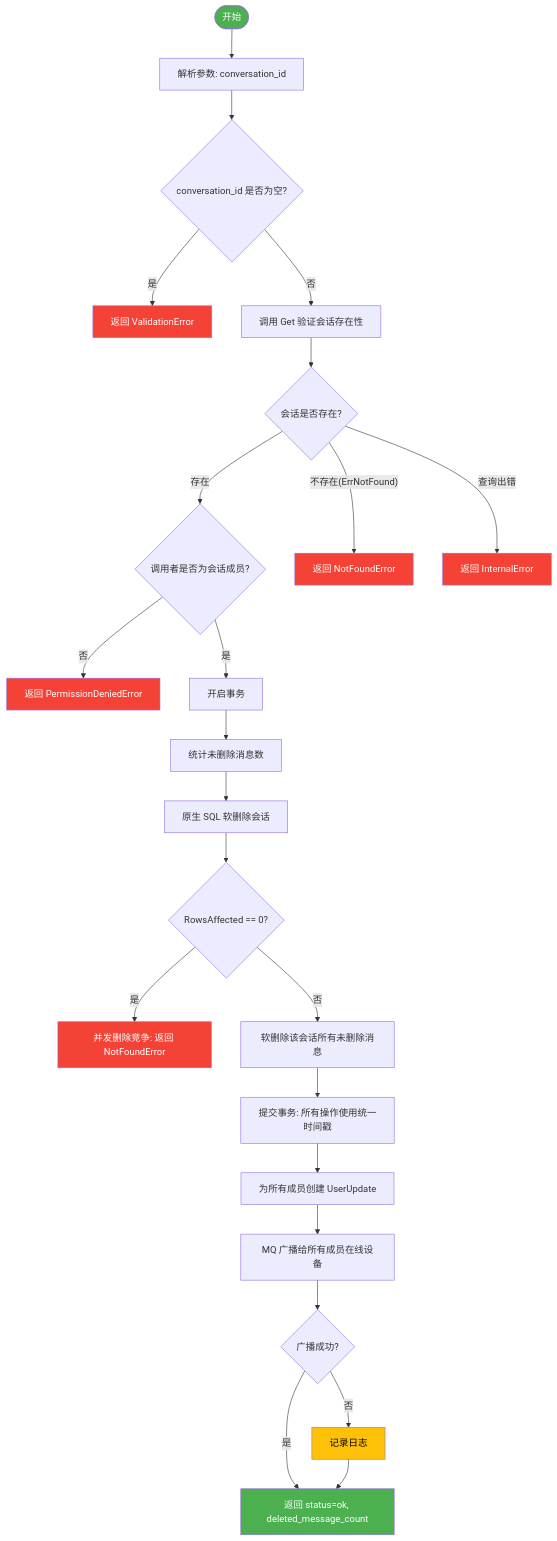
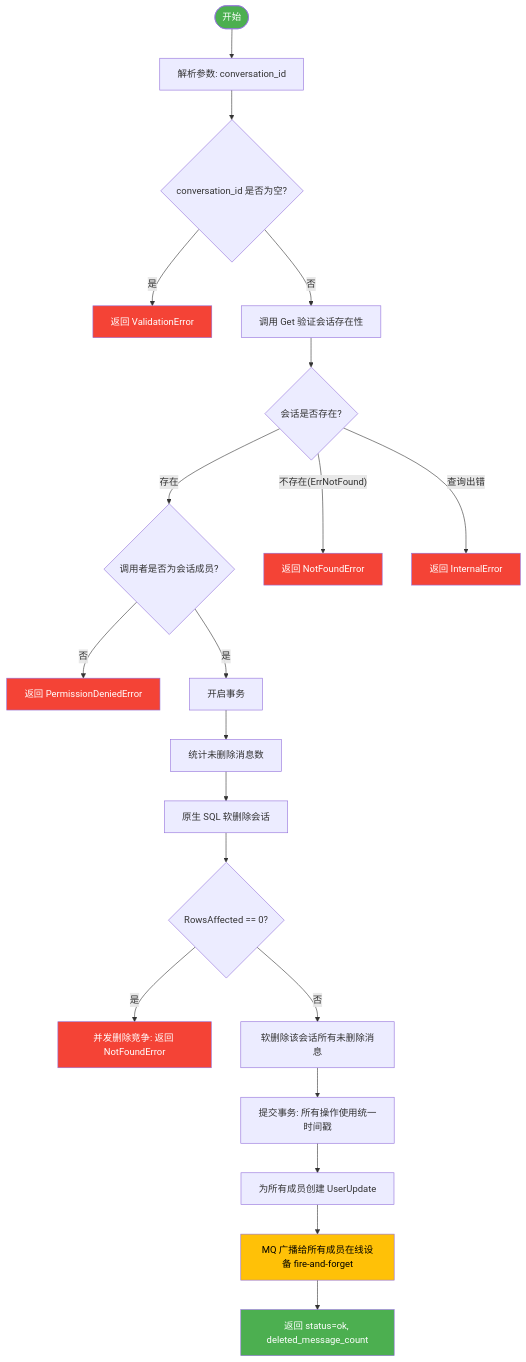
The fourth of 5 diagrams in wiki/flows/conversation.md (PineappleBond/xyncra-server), drawn with Mermaid before and after one commit. The commit also changed other lines of this file and 21 other files, not shown here.

Commit message:
docs(wiki): add edge cases and fix inaccuracies across all flow documents

````diff
--- a/wiki/flows/conversation.md
+++ b/wiki/flows/conversation.md
@@ -302,34 +300,31 @@
 ```mermaid
 flowchart TD
     A([开始]) --> B[解析参数: conversation_id]
     B --> C{conversation_id 是否为空?}
     C -- 是 --> C1[返回 ValidationError]
     C -- 否 --> D[调用 Get 验证会话存在性]
     D --> E{会话是否存在?}
     E -- 存在 --> F{调用者是否为会话成员?}
     E -- 不存在(ErrNotFound) --> E1[返回 NotFoundError]
     E -- 查询出错 --> E2[返回 InternalError]
     F -- 否 --> F1[返回 PermissionDeniedError]
     F -- 是 --> G[开启事务]
     G --> H[统计未删除消息数]
     H --> I[原生 SQL 软删除会话]
     I --> J{RowsAffected == 0?}
     J -- 是 --> J1[并发删除竞争: 返回 NotFoundError]
     J -- 否 --> K[软删除该会话所有未删除消息]
     K --> L[提交事务: 所有操作使用统一时间戳]
     L --> M[为所有成员创建 UserUpdate]
-    M --> N[MQ 广播给所有成员在线设备]
-    N --> O{广播成功?}
-    O -- 否 --> O1[记录日志]
-    O -- 是 --> P[返回 status=ok, deleted_message_count]
-    O1 --> P
+    M --> N[MQ 广播给所有成员在线设备 fire-and-forget]
+    N --> P[返回 status=ok, deleted_message_count]
 
     style A fill:#4CAF50,color:#fff
     style C1 fill:#f44336,color:#fff
     style E1 fill:#f44336,color:#fff
     style E2 fill:#f44336,color:#fff
     style F1 fill:#f44336,color:#fff
     style J1 fill:#f44336,color:#fff
-    style O1 fill:#FFC107,color:#000
+    style N fill:#FFC107,color:#000
     style P fill:#4CAF50,color:#fff
 ```
````
